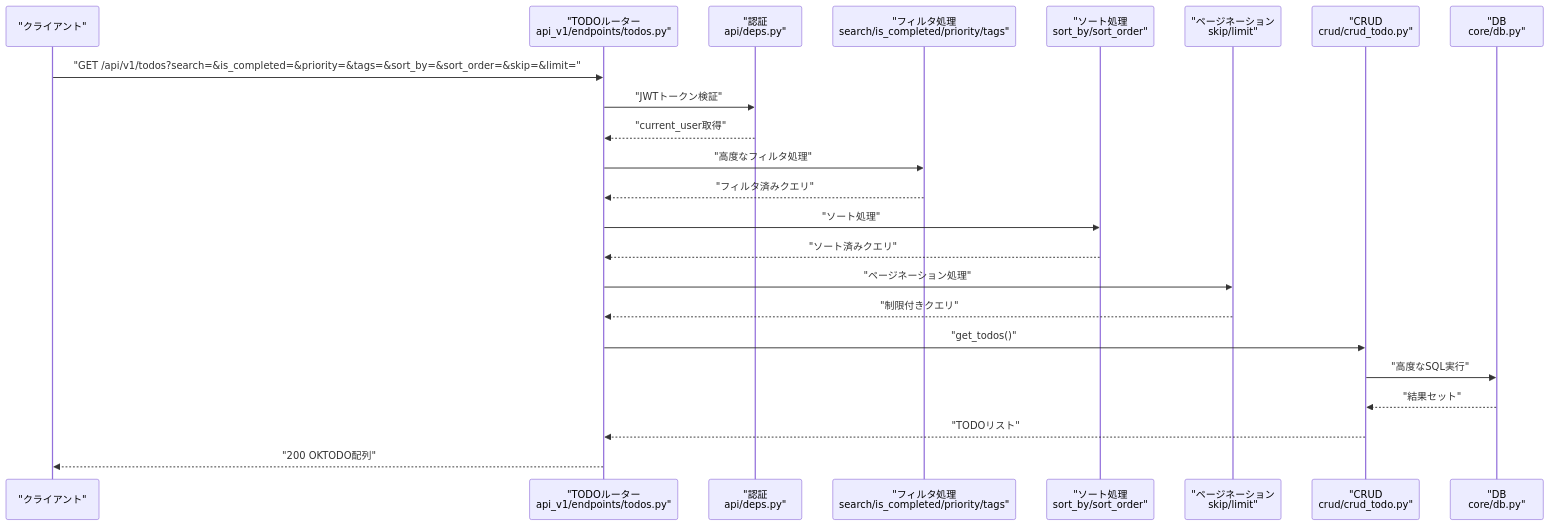
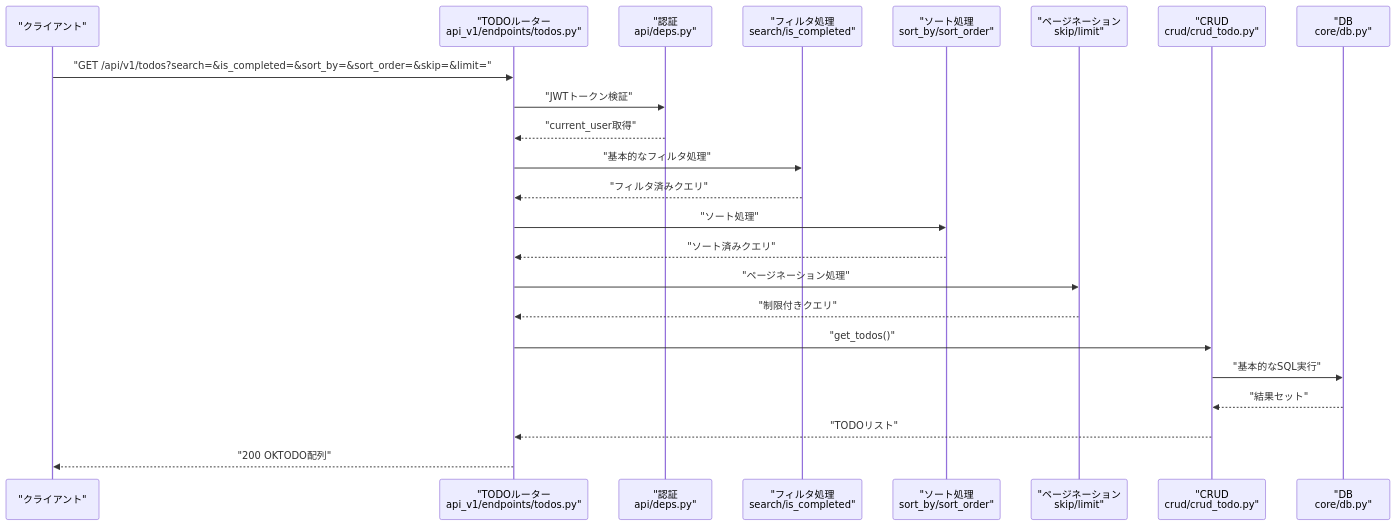
Before and after one commit to ss8806/Todos: the third of 7 diagrams in .qoder/repowiki/ja/content/APIリファレンス/TODO管理API.md, drawn with Mermaid. The commit also changed other lines of this file and 17 other files, not shown here.

````diff
--- a/.qoder/repowiki/ja/content/APIリファレンス/TODO管理API.md
+++ b/.qoder/repowiki/ja/content/APIリファレンス/TODO管理API.md
@@ -255,25 +251,25 @@
 ```mermaid
 sequenceDiagram
 participant C as "クライアント"
 participant R as "TODOルーター<br/>api_v1/endpoints/todos.py"
 participant A as "認証<br/>api/deps.py"
-participant F as "フィルタ処理<br/>search/is_completed/priority/tags"
+participant F as "フィルタ処理<br/>search/is_completed"
 participant S as "ソート処理<br/>sort_by/sort_order"
 participant P as "ページネーション<br/>skip/limit"
 participant U as "CRUD<br/>crud/crud_todo.py"
 participant D as "DB<br/>core/db.py"
-C->>R : "GET /api/v1/todos?search=&is_completed=&priority=&tags=&sort_by=&sort_order=&skip=&limit="
+C->>R : "GET /api/v1/todos?search=&is_completed=&sort_by=&sort_order=&skip=&limit="
 R->>A : "JWTトークン検証"
 A-->>R : "current_user取得"
-R->>F : "高度なフィルタ処理"
+R->>F : "基本的なフィルタ処理"
 F-->>R : "フィルタ済みクエリ"
 R->>S : "ソート処理"
 S-->>R : "ソート済みクエリ"
 R->>P : "ページネーション処理"
 P-->>R : "制限付きクエリ"
 R->>U : "get_todos()"
-U->>D : "高度なSQL実行"
+U->>D : "基本的なSQL実行"
 D-->>U : "結果セット"
 U-->>R : "TODOリスト"
 R-->>C : "200 OKTODO配列"
 ```
````
